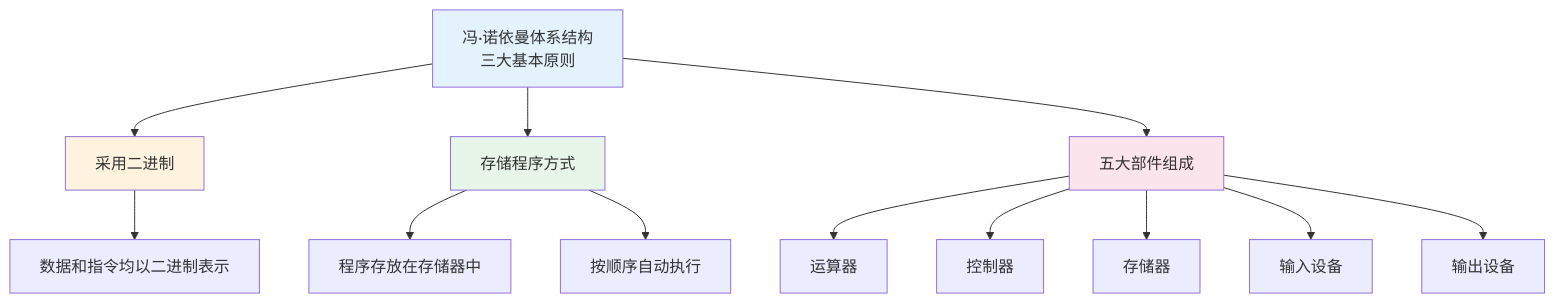
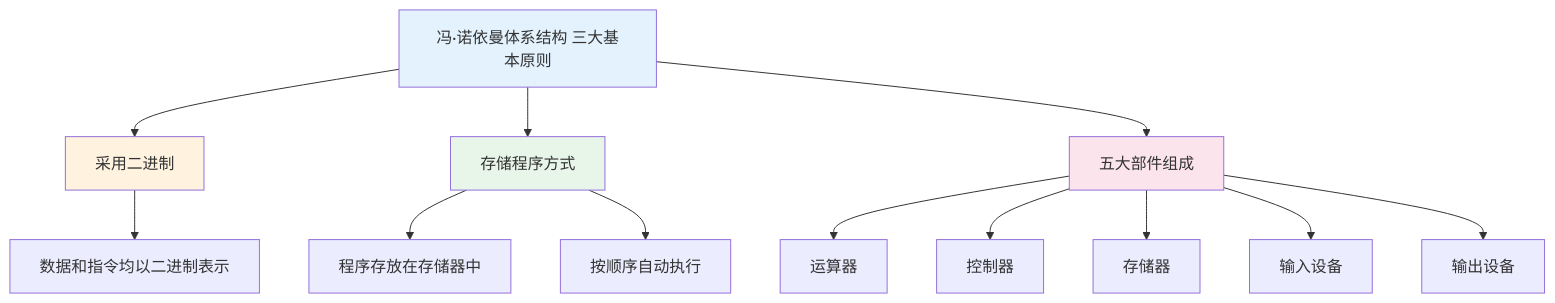
The first of 4 diagrams in 计算机组成原理/notes/章节笔记/第1章-计算机系统概述/第1章-1.6-计算机系统的层次结构.md (gilismael826-lgtm/course), drawn with Mermaid before and after one commit. The commit also changed 28 other files, not shown here.

````diff
--- a/计算机组成原理/notes/章节笔记/第1章-计算机系统概述/第1章-1.6-计算机系统的层次结构.md
+++ b/计算机组成原理/notes/章节笔记/第1章-计算机系统概述/第1章-1.6-计算机系统的层次结构.md
@@ -47,22 +47,22 @@
 ```mermaid
 flowchart TB
-    A[冯·诺依曼体系结构<br/>三大基本原则] --> B[采用二进制]
+    A[冯·诺依曼体系结构 三大基本原则] --> B[采用二进制]
     A --> C[存储程序方式]
     A --> D[五大部件组成]
     
     B --> B1[数据和指令均以二进制表示]
     
     C --> C1[程序存放在存储器中]
     C --> C2[按顺序自动执行]
     
     D --> D1[运算器]
     D --> D2[控制器]
     D --> D3[存储器]
     D --> D4[输入设备]
     D --> D5[输出设备]
     
     style A fill:#e3f2fd
     style B fill:#fff3e0
     style C fill:#e8f5e9
     style D fill:#fce4ec
 ```
````
